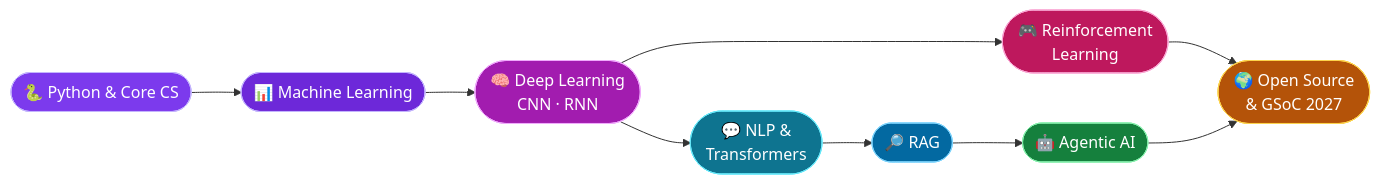
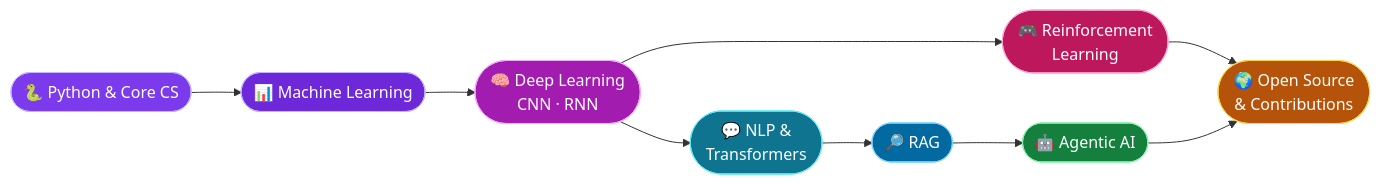
The diagram in README.md (muskxann/muskxann), drawn with Mermaid before and after one commit. The commit also changed other lines of this file, not shown here.

````diff
--- a/README.md
+++ b/README.md
@@ -184,20 +137,20 @@
 ```mermaid
 flowchart LR
     A([🐍 Python & Core CS]) --> B([📊 Machine Learning])
     B --> C([🧠 Deep Learning<br/>CNN · RNN])
     C --> D([🎮 Reinforcement<br/>Learning])
     C --> E([💬 NLP &<br/>Transformers])
     E --> F([🔎 RAG])
     F --> G([🤖 Agentic AI])
-    D --> H([🌍 Open Source<br/>& GSoC 2027])
+    D --> H([🌍 Open Source<br/>& Contributions])
     G --> H
 
     style A fill:#7c3aed,stroke:#c4b5fd,color:#fff
     style B fill:#6d28d9,stroke:#c4b5fd,color:#fff
     style C fill:#a21caf,stroke:#f0abfc,color:#fff
     style D fill:#be185d,stroke:#f9a8d4,color:#fff
     style E fill:#0e7490,stroke:#67e8f9,color:#fff
     style F fill:#0369a1,stroke:#7dd3fc,color:#fff
     style G fill:#15803d,stroke:#86efac,color:#fff
     style H fill:#b45309,stroke:#fcd34d,color:#fff
 ```
````
